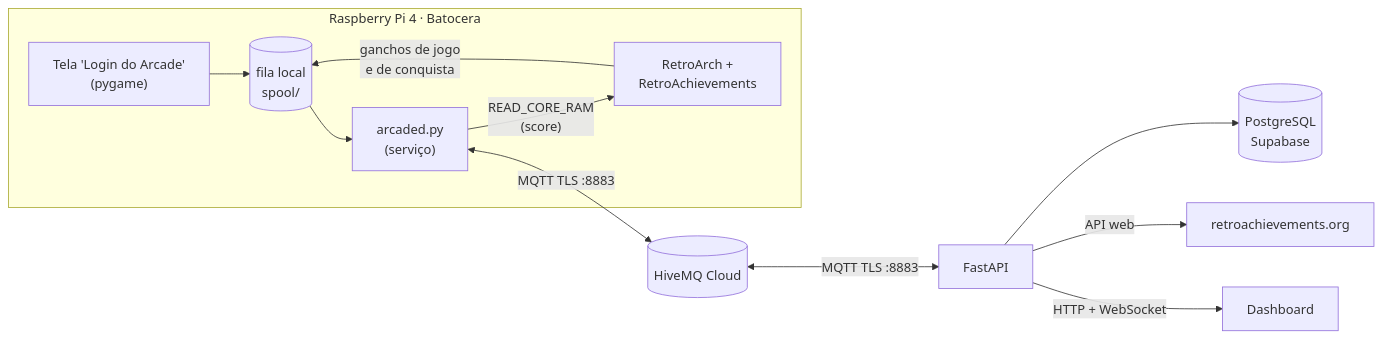
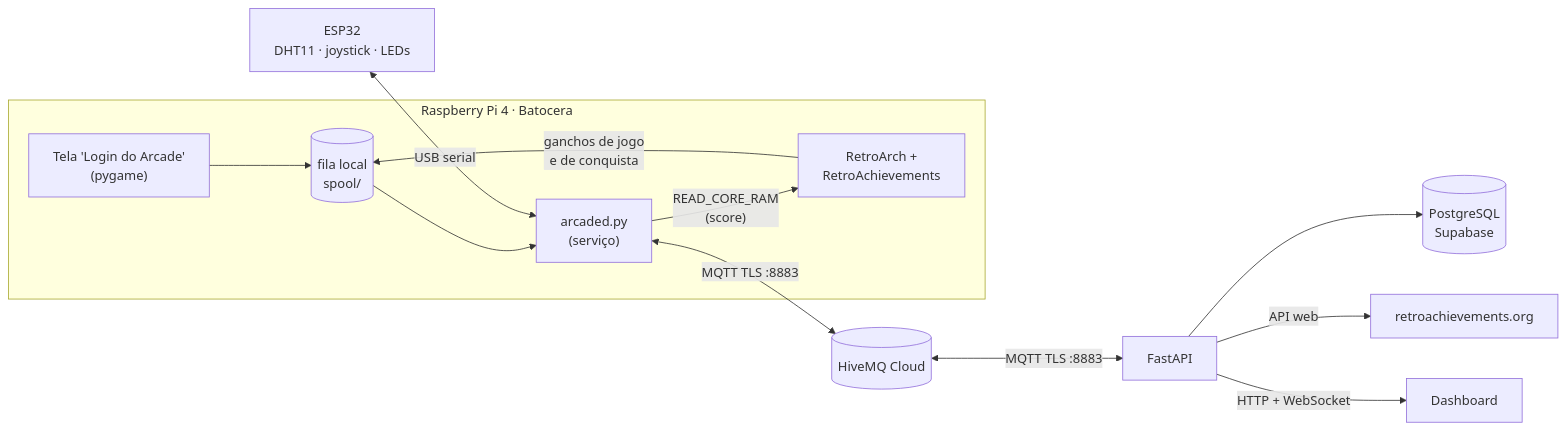
One commit to CRIMS0NC0DE/IoTProjectArcade changed the diagram in README.md. Above: the diagram before and after it, drawn with Mermaid. The commit also changed other lines of this file and 11 other files, not shown here.

First line of the commit message:
feat: ESP32 com temperatura, joystick e LEDs no painel IoT

````diff
--- a/README.md
+++ b/README.md
@@ -14,14 +14,15 @@
 ```mermaid
 flowchart LR
   subgraph Pi["Raspberry Pi 4 · Batocera"]
     Menu["Tela 'Login do Arcade'<br/>(pygame)"] --> Fila[("fila local<br/>spool/")]
     RA["RetroArch +<br/>RetroAchievements"] -- "ganchos de jogo<br/>e de conquista" --> Fila
     Fila --> Daemon["arcaded.py<br/>(serviço)"]
     Daemon -- "READ_CORE_RAM<br/>(score)" --> RA
   end
+  ESP["ESP32<br/>DHT11 · joystick · LEDs"] <-- "USB serial" --> Daemon
   Daemon <-- "MQTT TLS :8883" --> Broker[("HiveMQ Cloud")]
   Broker <-- "MQTT TLS :8883" --> Backend["FastAPI"]
   Backend --> DB[("PostgreSQL<br/>Supabase")]
   Backend -- "API web" --> RAAPI["retroachievements.org"]
   Backend -- "HTTP + WebSocket" --> Web["Dashboard"]
 ```
````
